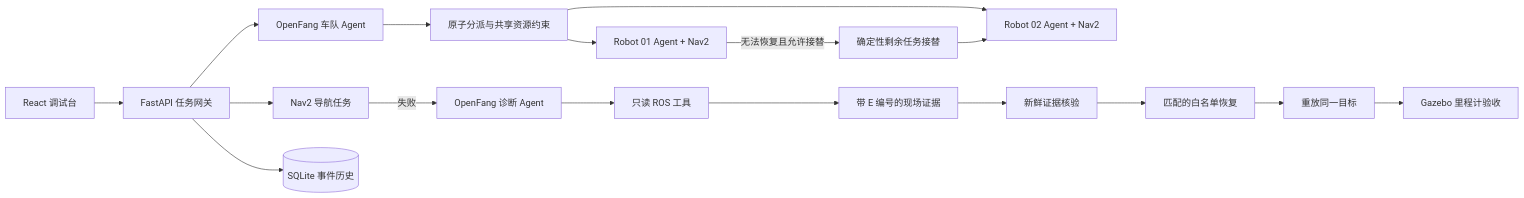
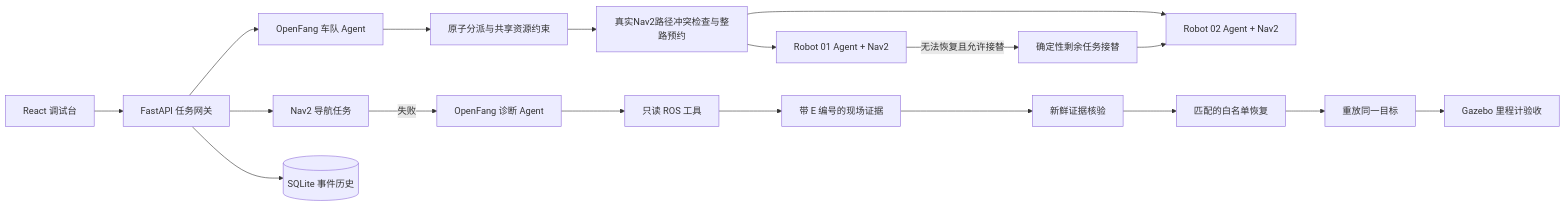
The diagram in README.zh-CN.md (SeeWhy-star/robot-debug-lab), drawn with Mermaid before and after one commit. The commit also changed other lines of this file and 14 other files, not shown here.

Commit message:
Add Nav2 path traffic reservations

````diff
--- a/README.zh-CN.md
+++ b/README.zh-CN.md
@@ -44,19 +44,20 @@
 ```mermaid
 flowchart LR
   UI[React 调试台] --> API[FastAPI 任务网关]
   API --> Nav2[Nav2 导航任务]
   API --> Fleet[OpenFang 车队 Agent]
   Fleet --> Batch[原子分派与共享资源约束]
-  Batch --> R1[Robot 01 Agent + Nav2]
-  Batch --> R2[Robot 02 Agent + Nav2]
+  Batch --> Traffic[真实Nav2路径冲突检查与整路预约]
+  Traffic --> R1[Robot 01 Agent + Nav2]
+  Traffic --> R2[Robot 02 Agent + Nav2]
   R1 -->|无法恢复且允许接替| Handoff[确定性剩余任务接替]
   Handoff --> R2
   Nav2 -->|失败| Agent[OpenFang 诊断 Agent]
   Agent --> Tools[只读 ROS 工具]
   Tools --> Evidence[带 E 编号的现场证据]
   Evidence --> Guard[新鲜证据核验]
   Guard --> Repair[匹配的白名单恢复]
   Repair --> Replay[重放同一目标]
   Replay --> Odom[Gazebo 里程计验收]
   API --> DB[(SQLite 事件历史)]
 ```
````
